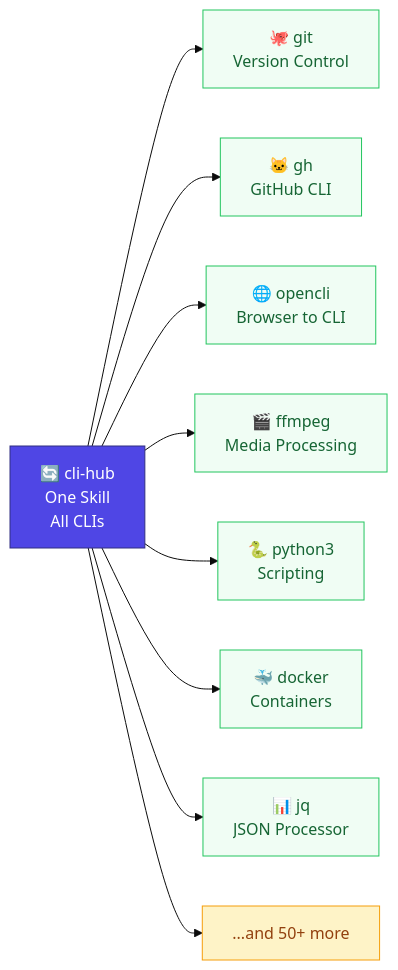
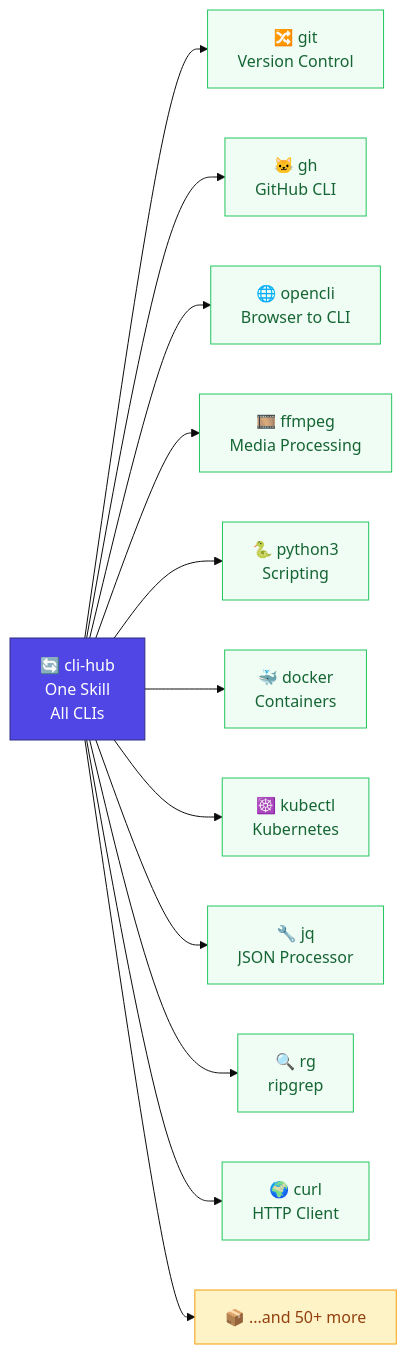
One commit to dull-bird/cli-hub changed the diagram in README.md. Above: the diagram before and after it, drawn with Mermaid (base theme). The commit also changed other lines of this file and 2 other files, not shown here.

Commit message:
chore: rename to clihub for ClawHub, add more emoji icons to mermaid

````diff
--- a/README.md
+++ b/README.md
@@ -5,21 +5,27 @@
 ```mermaid
 graph LR
-    CH["🔄 cli-hub<br/>One Skill<br/>All CLIs"] --> git["🐙 git<br/>Version Control"]
+    CH["🔄 cli-hub<br/>One Skill<br/>All CLIs"] --> git["🔀 git<br/>Version Control"]
     CH --> gh["🐱 gh<br/>GitHub CLI"]
     CH --> opencli["🌐 opencli<br/>Browser to CLI"]
-    CH --> ffmpeg["🎬 ffmpeg<br/>Media Processing"]
+    CH --> ffmpeg["🎞️ ffmpeg<br/>Media Processing"]
     CH --> python3["🐍 python3<br/>Scripting"]
     CH --> docker["🐳 docker<br/>Containers"]
-    CH --> jq["📊 jq<br/>JSON Processor"]
-    CH --> more["...and 50+ more"]
+    CH --> kubectl["☸️ kubectl<br/>Kubernetes"]
+    CH --> jq["🔧 jq<br/>JSON Processor"]
+    CH --> rg["🔍 rg<br/>ripgrep"]
+    CH --> curl["🌍 curl<br/>HTTP Client"]
+    CH --> more["📦 ...and 50+ more"]
 
     style CH fill:#4f46e5,color:#fff,stroke:#312e81
     style git fill:#f0fdf4,stroke:#22c55e,color:#166534
     style gh fill:#f0fdf4,stroke:#22c55e,color:#166534
     style opencli fill:#f0fdf4,stroke:#22c55e,color:#166534
     style ffmpeg fill:#f0fdf4,stroke:#22c55e,color:#166534
     style python3 fill:#f0fdf4,stroke:#22c55e,color:#166534
     style docker fill:#f0fdf4,stroke:#22c55e,color:#166534
+    style kubectl fill:#f0fdf4,stroke:#22c55e,color:#166534
     style jq fill:#f0fdf4,stroke:#22c55e,color:#166534
+    style rg fill:#f0fdf4,stroke:#22c55e,color:#166534
+    style curl fill:#f0fdf4,stroke:#22c55e,color:#166534
     style more fill:#fef3c7,stroke:#f59e0b,color:#92400e
 ```
````
